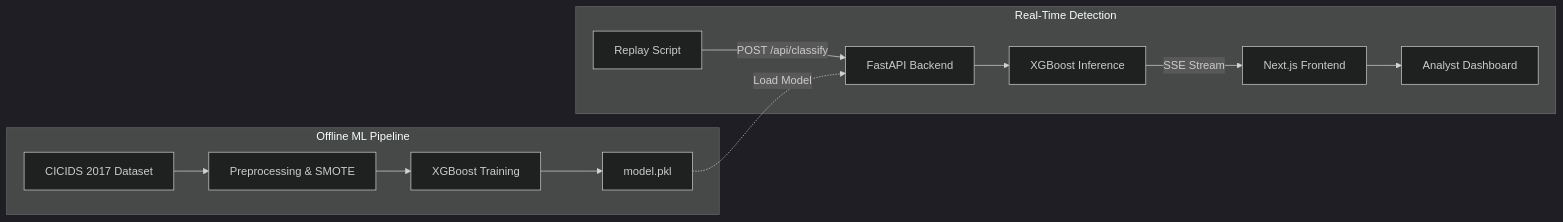
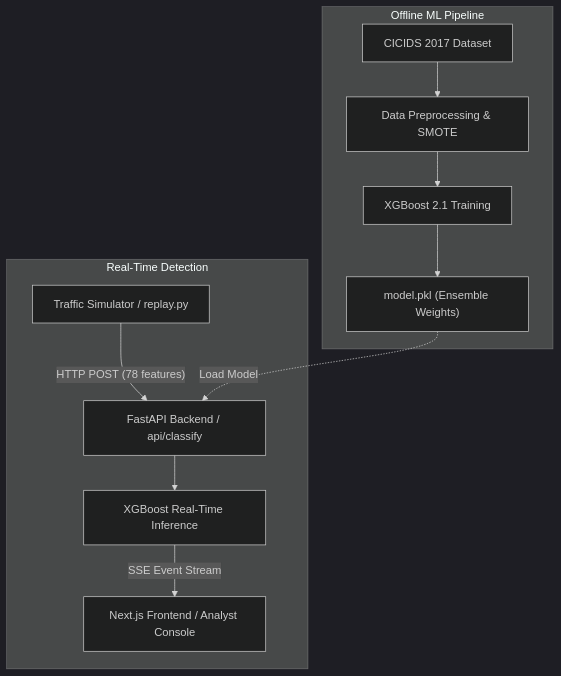
One commit to Shyamyemuka/sentinelai changed the diagram in README.md. Above: the diagram before and after it, drawn with Mermaid (dark theme). The commit also changed other lines of this file and 1 other file, not shown here.

````diff
--- a/README.md
+++ b/README.md
@@ -37,16 +12,15 @@
 ```mermaid
-graph LR
+graph TD
     subgraph Offline ML Pipeline
-        A[CICIDS 2017 Dataset] --> B[Preprocessing & SMOTE]
-        B --> C[XGBoost Training]
-        C --> D["model.pkl"]
+        A[CICIDS 2017 Dataset] --> B[Data Preprocessing & SMOTE]
+        B --> C[XGBoost 2.1 Training]
+        C --> D["model.pkl (Ensemble Weights)"]
     end
 
     subgraph Real-Time Detection
-        E[Replay Script] -- "POST /api/classify" --> F[FastAPI Backend]
+        E[Traffic Simulator / replay.py] -- "HTTP POST (78 features)" --> F[FastAPI Backend / api/classify]
         D -. "Load Model" .-> F
-        F --> G[XGBoost Inference]
-        G -- "SSE Stream" --> H[Next.js Frontend]
-        H --> I[Analyst Dashboard]
+        F --> G[XGBoost Real-Time Inference]
+        G -- "SSE Event Stream" --> H[Next.js Frontend / Analyst Console]
     end
 ```
````
